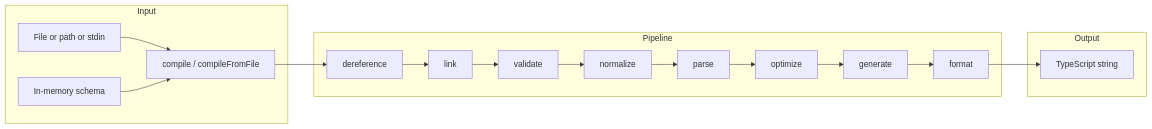
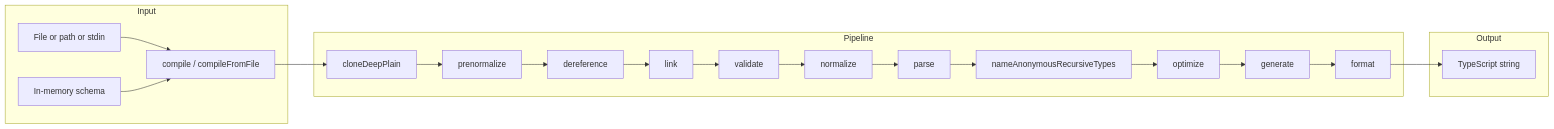
One commit to goddtriffin/json-schema-rs changed the first of 2 diagrams in research/reports/typescript/bcherny-json-schema-to-typescript.md. Above: the diagram before and after it, drawn with Mermaid. The commit also changed other lines of this file and 51 other files, not shown here.

````diff
--- a/research/reports/typescript/bcherny-json-schema-to-typescript.md
+++ b/research/reports/typescript/bcherny-json-schema-to-typescript.md
@@ -93,31 +95,37 @@
 ```mermaid
 flowchart LR
   subgraph input [Input]
     File[File or path or stdin]
     Obj[In-memory schema]
     File --> Compile[compile / compileFromFile]
     Obj --> Compile
   end
   subgraph pipeline [Pipeline]
+    Clone[cloneDeepPlain]
+    Prenorm[prenormalize]
     Deref[dereference]
     Link[link]
     Valid[validate]
     Norm[normalize]
     Parse[parse]
+    NameRec[nameAnonymousRecursiveTypes]
     Opt[optimize]
     Gen[generate]
     Fmt[format]
+    Clone --> Prenorm
+    Prenorm --> Deref
     Deref --> Link
     Link --> Valid
     Valid --> Norm
     Norm --> Parse
-    Parse --> Opt
+    Parse --> NameRec
+    NameRec --> Opt
     Opt --> Gen
     Gen --> Fmt
   end
   subgraph output [Output]
     TS[TypeScript string]
-    Compile --> Deref
+    Compile --> Clone
     Fmt --> TS
   end
 ```
````
